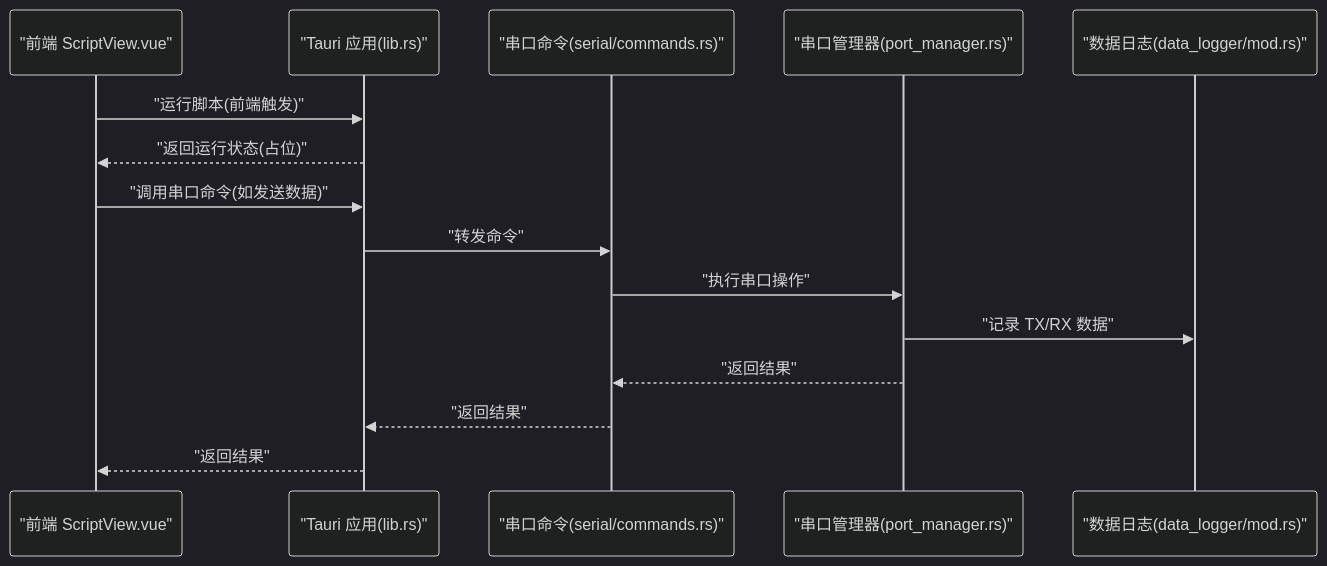
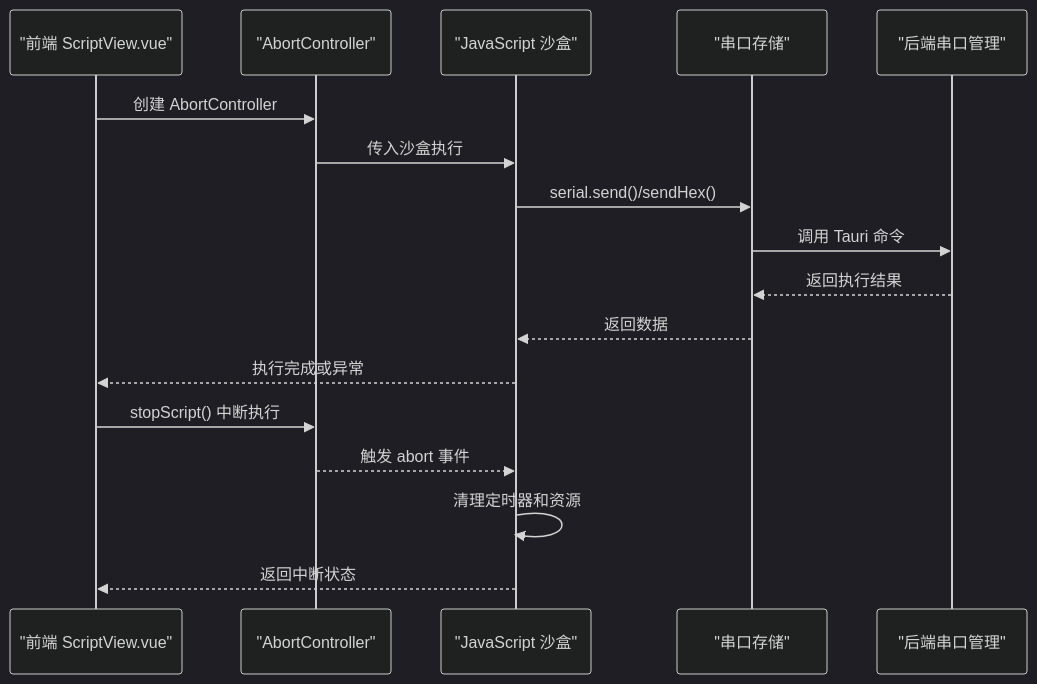
Before and after one commit to elabdlut/KonSerial: the second of 3 diagrams in .qoder/repowiki/zh/content/脚本系统.md, drawn with Mermaid (dark theme). The commit also changed other lines of this file and 20 other files, not shown here.

````diff
--- a/.qoder/repowiki/zh/content/脚本系统.md
+++ b/.qoder/repowiki/zh/content/脚本系统.md
@@ -111,17 +104,19 @@
 ```mermaid
 sequenceDiagram
 participant FE as "前端 ScriptView.vue"
-participant TAURI as "Tauri 应用(lib.rs)"
-participant CMD as "串口命令(serial/commands.rs)"
-participant PM as "串口管理器(port_manager.rs)"
-participant DL as "数据日志(data_logger/mod.rs)"
-FE->>TAURI : "运行脚本(前端触发)"
-TAURI-->>FE : "返回运行状态(占位)"
-FE->>TAURI : "调用串口命令(如发送数据)"
-TAURI->>CMD : "转发命令"
-CMD->>PM : "执行串口操作"
-PM->>DL : "记录 TX/RX 数据"
-PM-->>CMD : "返回结果"
-CMD-->>TAURI : "返回结果"
-TAURI-->>FE : "返回结果"
+participant ABORT as "AbortController"
+participant SANDBOX as "JavaScript 沙盒"
+participant SERIAL as "串口存储"
+participant BACKEND as "后端串口管理"
+FE->>ABORT : 创建 AbortController
+ABORT->>SANDBOX : 传入沙盒执行
+SANDBOX->>SERIAL : serial.send()/sendHex()
+SERIAL->>BACKEND : 调用 Tauri 命令
+BACKEND-->>SERIAL : 返回执行结果
+SERIAL-->>SANDBOX : 返回数据
+SANDBOX-->>FE : 执行完成或异常
+FE->>ABORT : stopScript() 中断执行
+ABORT-->>SANDBOX : 触发 abort 事件
+SANDBOX->>SANDBOX : 清理定时器和资源
+SANDBOX-->>FE : 返回中断状态
 ```
````
